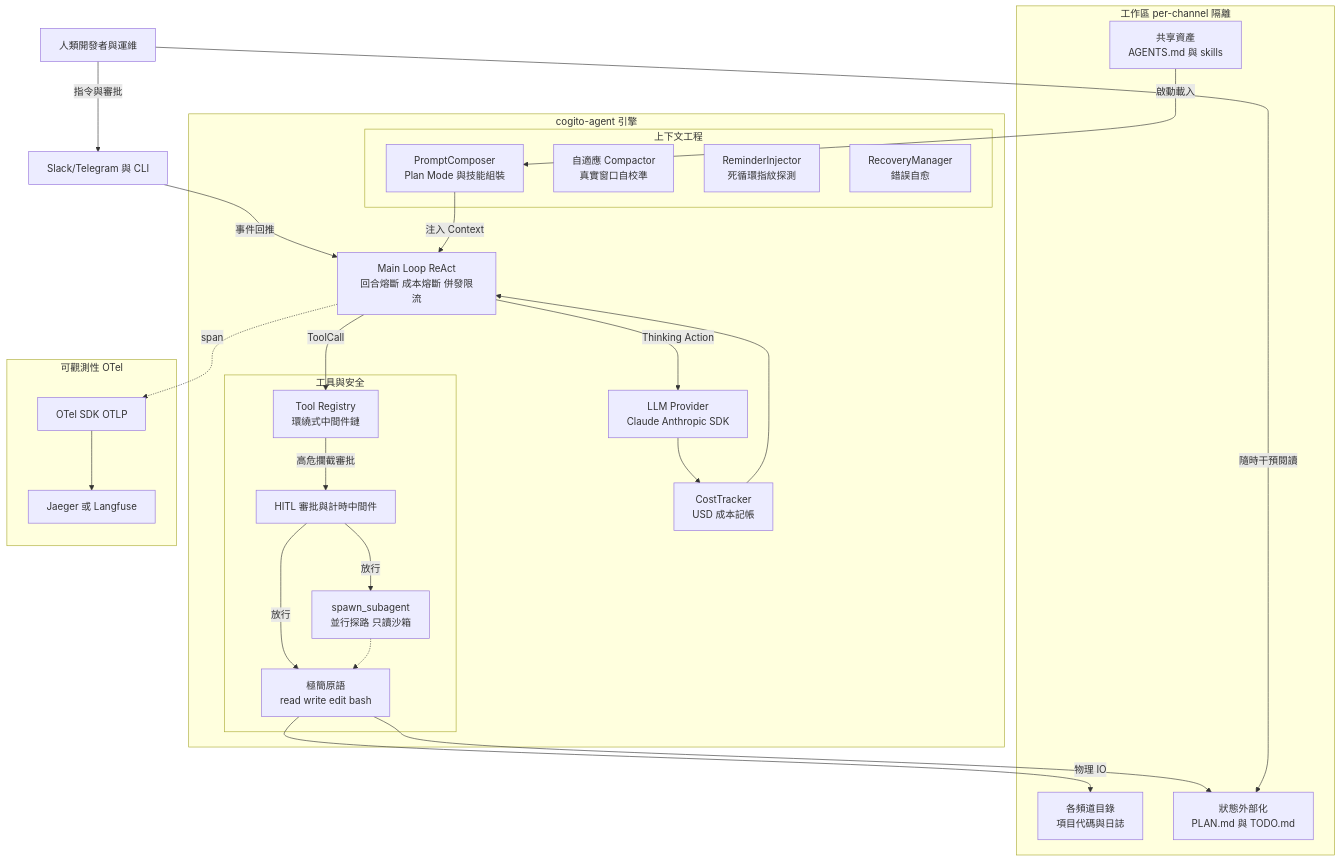
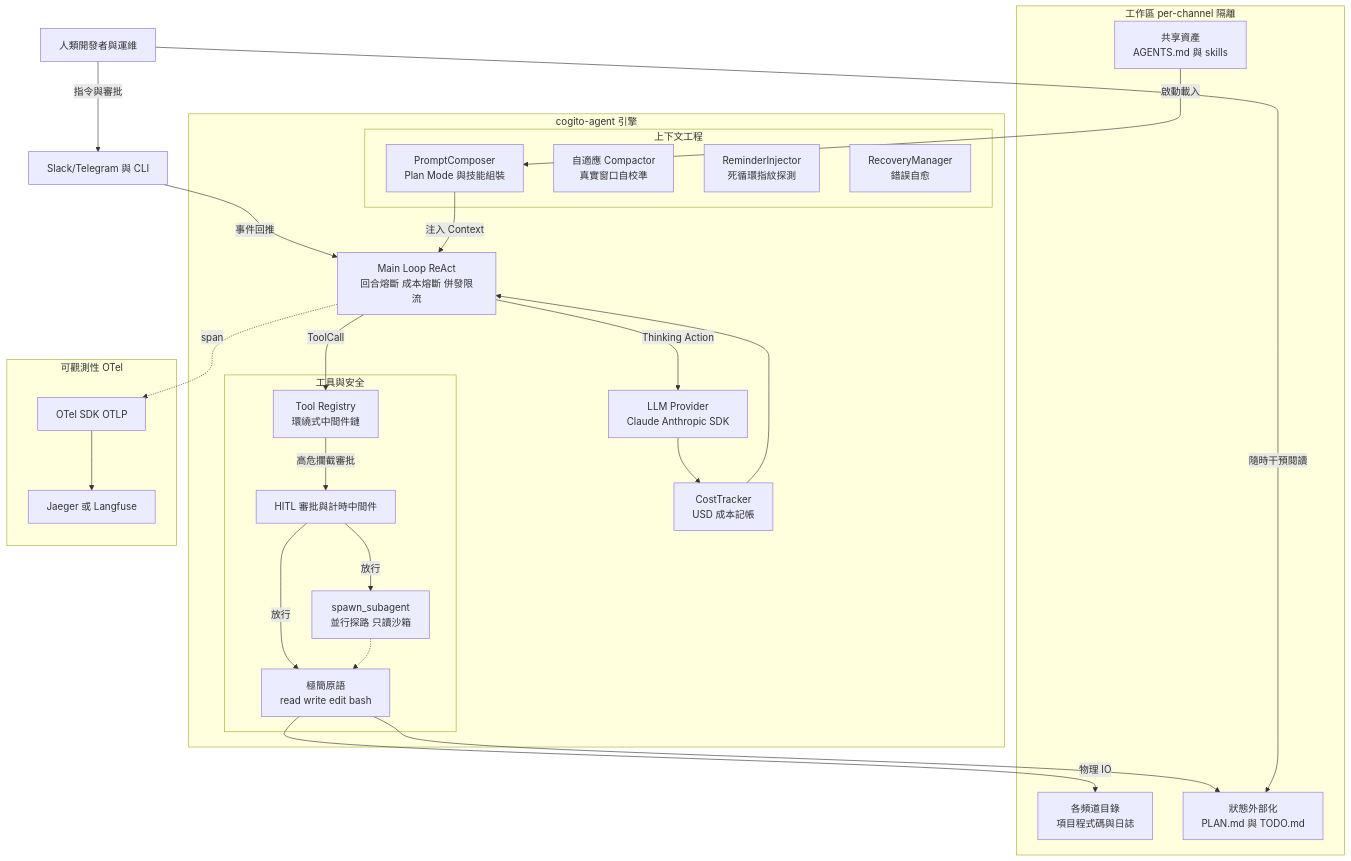
One commit to SIMPLYBOYS/cogito-agent changed the first of 2 diagrams in README.md. Above: the diagram before and after it, drawn with Mermaid. The commit also changed other lines of this file, not shown here.

````diff
--- a/README.md
+++ b/README.md
@@ -59,54 +59,54 @@
 ```mermaid
 flowchart TB
   HUMAN["人類開發者與運維"]
   IM["Slack/Telegram 與 CLI"]
 
   subgraph ENGINE["cogito-agent 引擎"]
     LLM["LLM Provider<br/>Claude Anthropic SDK"]
     COST["CostTracker<br/>USD 成本記帳"]
     LOOP["Main Loop ReAct<br/>回合熔斷 成本熔斷 併發限流"]
 
     subgraph CTX["上下文工程"]
       COMPOSER["PromptComposer<br/>Plan Mode 與技能組裝"]
       COMPACT["自適應 Compactor<br/>真實窗口自校準"]
       REMIND["ReminderInjector<br/>死循環指紋探測"]
       RECOVER["RecoveryManager<br/>錯誤自愈"]
     end
 
     subgraph TZ["工具與安全"]
       REG["Tool Registry<br/>環繞式中間件鏈"]
       MW["HITL 審批與計時中間件"]
       PRIM["極簡原語<br/>read write edit bash"]
       SUB["spawn_subagent<br/>並行探路 只讀沙箱"]
     end
   end
 
   subgraph WS["工作區 per-channel 隔離"]
     ASSETS["共享資產<br/>AGENTS.md 與 skills"]
-    PROJ["各頻道目錄<br/>項目代碼與日誌"]
+    PROJ["各頻道目錄<br/>項目程式碼與日誌"]
     STATE["狀態外部化<br/>PLAN.md 與 TODO.md"]
   end
 
   subgraph OBS["可觀測性 OTel"]
     OTEL["OTel SDK OTLP"]
     BACKEND["Jaeger 或 Langfuse"]
   end
 
   HUMAN -->|指令與審批| IM
   IM -->|事件回推| LOOP
   COMPOSER -->|注入 Context| LOOP
   LOOP -->|Thinking Action| LLM
   LLM --> COST
   COST --> LOOP
   LOOP -->|ToolCall| REG
   REG -->|高危攔截審批| MW
   MW -->|放行| PRIM
   MW -->|放行| SUB
   SUB -.-> PRIM
   ASSETS -->|啟動載入| COMPOSER
   PRIM -->|物理 IO| PROJ
   PRIM --> STATE
   HUMAN -->|隨時干預閱讀| STATE
   LOOP -.->|span| OTEL
   OTEL --> BACKEND
 ```
````
